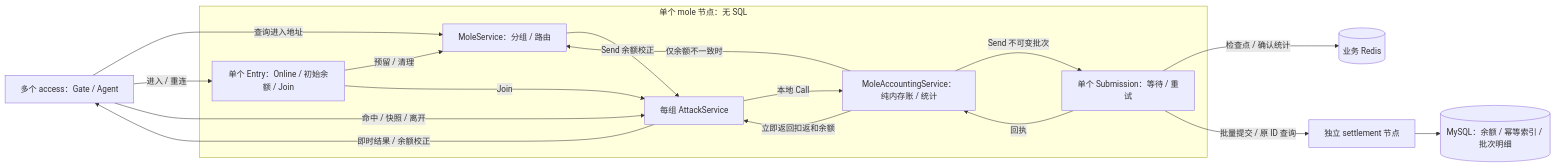
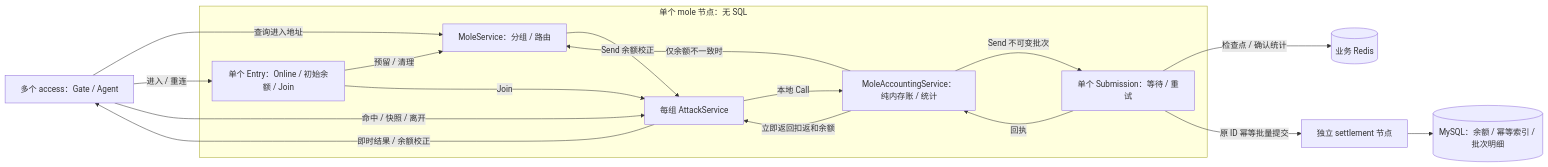
One commit to cnooljaw/gsrdemo changed the diagram in docs/DESIGN.md. Above: the diagram before and after it, drawn with Mermaid. The commit also changed other lines of this file and 24 other files, not shown here.

````diff
--- a/docs/DESIGN.md
+++ b/docs/DESIGN.md
@@ -243,21 +247,21 @@
 ```mermaid
 flowchart LR
     A["多个 access：Gate / Agent"] -->|"查询进入地址"| E
     A -->|"进入 / 重连"| I
     A -->|"命中 / 快照 / 离开"| G
     subgraph M["单个 mole 节点：无 SQL"]
         E["MoleService：分组 / 路由"]
         I["单个 Entry：Online / 初始余额 / Join"] -->|"预留 / 清理"| E
         I -->|"Join"| G["每组 AttackService"]
         E -->|"Send 余额校正"| G
         G -->|"本地 Call"| B["MoleAccountingService：纯内存账 / 统计"]
         B -->|"立即返回扣返和余额"| G
         B -->|"Send 不可变批次"| T["单个 Submission：等待 / 重试"]
         T -->|"回执"| B
         B -->|"仅余额不一致时"| E
     end
     G -->|"即时结果 / 余额校正"| A
     T -->|"检查点 / 确认统计"| R[("业务 Redis")]
-    T -->|"批量提交 / 原 ID 查询"| S["独立 settlement 节点"]
+    T -->|"原 ID 幂等批量提交"| S["独立 settlement 节点"]
     S --> D[("MySQL：余额 / 幂等索引 / 批次明细")]
 ```
````
